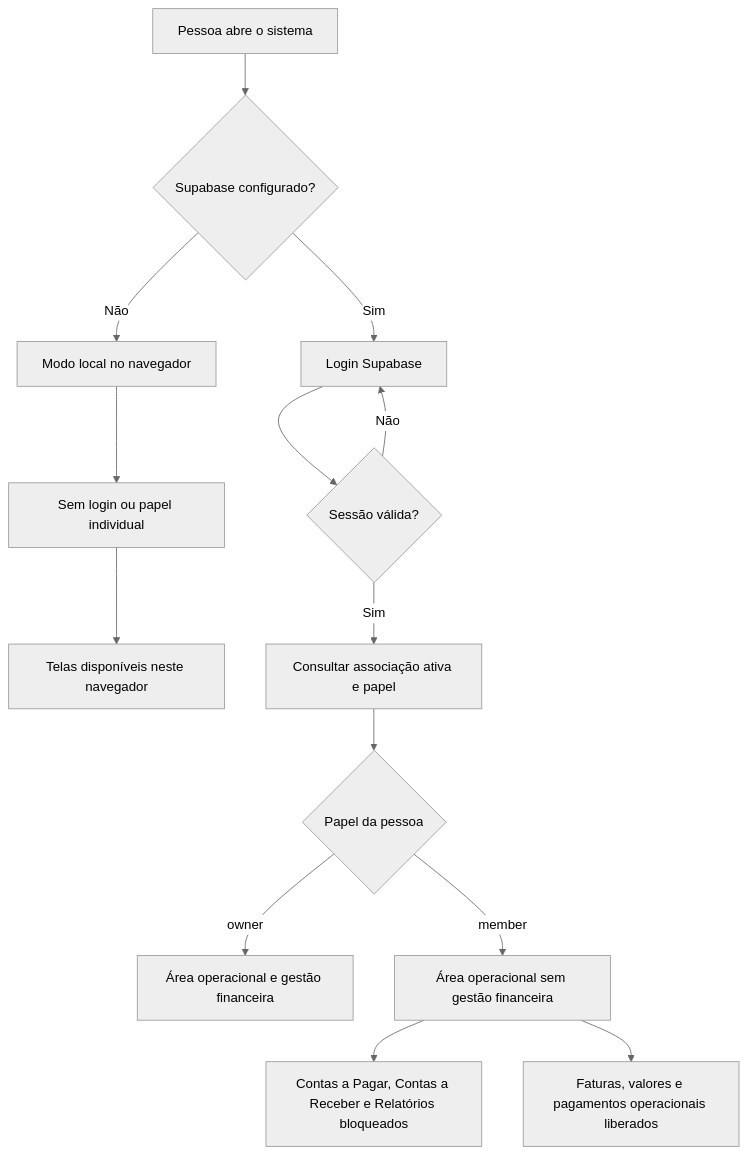
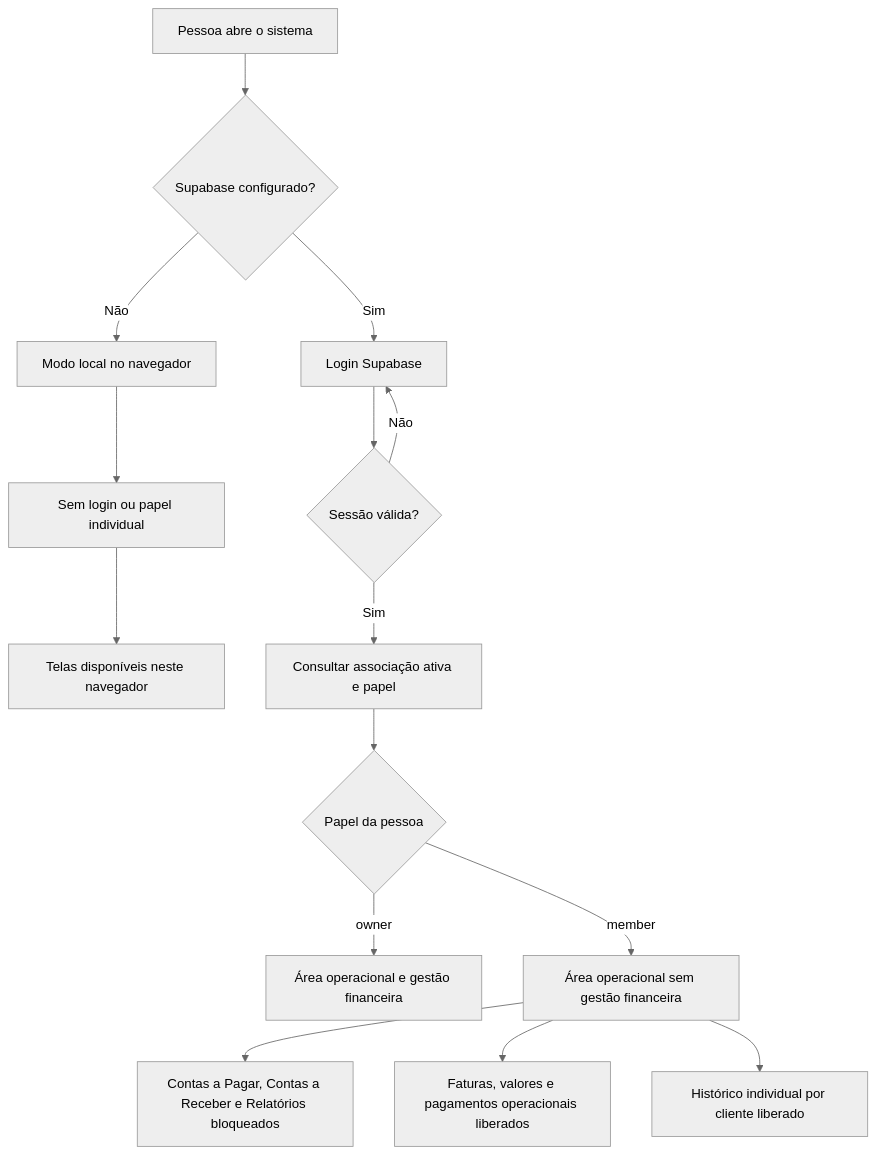
The first of 6 diagrams in FLUXOGRAMA.md (rockbca-dotcom/grafica-livre), drawn with Mermaid (neutral theme) before and after one commit. The commit also changed other lines of this file and 11 other files, not shown here.

Commit message:
feat(clientes): exiba histórico de pedidos por cliente

````diff
--- a/FLUXOGRAMA.md
+++ b/FLUXOGRAMA.md
@@ -9,16 +9,17 @@
 ```mermaid
 flowchart TD
     A[Pessoa abre o sistema] --> B{Supabase configurado?}
     B -- Não --> L[Modo local no navegador]
     L --> L1[Sem login ou papel individual]
     L1 --> APP[Telas disponíveis neste navegador]
     B -- Sim --> LOGIN[Login Supabase]
     LOGIN --> S{Sessão válida?}
     S -- Não --> LOGIN
     S -- Sim --> R[Consultar associação ativa e papel]
     R --> ROLE{Papel da pessoa}
     ROLE -- owner --> OWNER[Área operacional e gestão financeira]
     ROLE -- member --> MEMBER[Área operacional sem gestão financeira]
     MEMBER --> M1[Contas a Pagar, Contas a Receber e Relatórios bloqueados]
     MEMBER --> M2[Faturas, valores e pagamentos operacionais liberados]
+    MEMBER --> M3[Histórico individual por cliente liberado]
 ```
````
